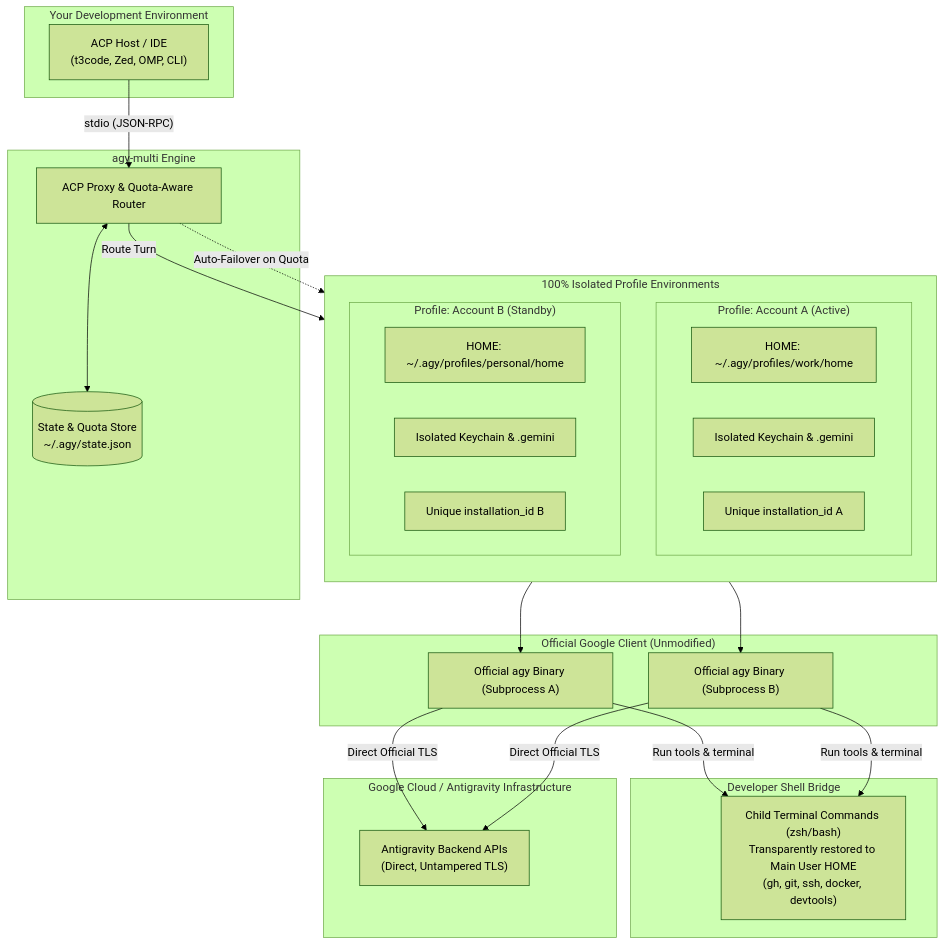
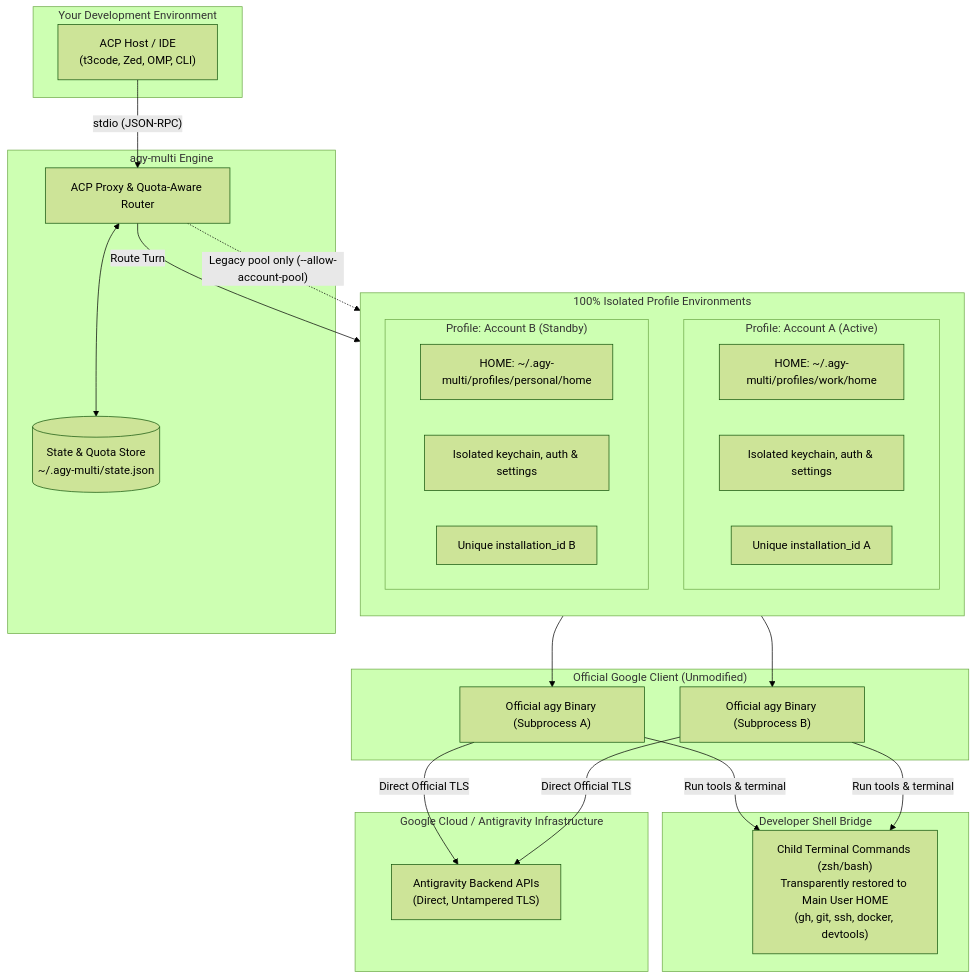
The first of 2 diagrams in README.md (iqbal-codes/agy-multi), drawn with Mermaid (forest theme) before and after one commit. The commit also changed other lines of this file and 30 other files, not shown here.

Commit message:
feat: single-account default, sequential pool, and a shared conversation store

````diff
--- a/README.md
+++ b/README.md
@@ -30,49 +42,49 @@
 ```mermaid
 flowchart TD
     subgraph Client["Your Development Environment"]
         IDE["ACP Host / IDE<br/>(t3code, Zed, OMP, CLI)"]
     end
 
     subgraph Wrapper["agy-multi Engine"]
         Proxy["ACP Proxy & Quota-Aware Router"]
-        Store[("State & Quota Store<br/>~/.agy/state.json")]
+        Store[("State & Quota Store<br/>~/.agy-multi/state.json")]
         Proxy <--> Store
     end
 
     subgraph Profiles["100% Isolated Profile Environments"]
         direction TB
         subgraph P1["Profile: Account A (Active)"]
-            H1["HOME: ~/.agy/profiles/work/home"]
-            K1["Isolated Keychain & .gemini"]
+            H1["HOME: ~/.agy-multi/profiles/work/home"]
+            K1["Isolated keychain, auth & settings"]
             I1["Unique installation_id A"]
         end
         subgraph P2["Profile: Account B (Standby)"]
-            H2["HOME: ~/.agy/profiles/personal/home"]
-            K2["Isolated Keychain & .gemini"]
+            H2["HOME: ~/.agy-multi/profiles/personal/home"]
+            K2["Isolated keychain, auth & settings"]
             I2["Unique installation_id B"]
         end
     end
 
     subgraph ShellBridge["Developer Shell Bridge"]
         SB["Child Terminal Commands (zsh/bash)<br/>Transparently restored to Main User HOME<br/>(gh, git, ssh, docker, devtools)"]
     end
 
     subgraph GoogleOfficial["Official Google Client (Unmodified)"]
         Bin1["Official agy Binary (Subprocess A)"]
         Bin2["Official agy Binary (Subprocess B)"]
     end
 
     subgraph Backend["Google Cloud / Antigravity Infrastructure"]
         API["Antigravity Backend APIs<br/>(Direct, Untampered TLS)"]
     end
 
     IDE -->|"stdio (JSON-RPC)"| Proxy
     Proxy -->|"Route Turn"| P1
-    Proxy -.->|"Auto-Failover on Quota"| P2
+    Proxy -.->|"Legacy pool only (--allow-account-pool)"| P2
     P1 --> Bin1
     P2 --> Bin2
     Bin1 -->|"Run tools & terminal"| SB
     Bin2 -->|"Run tools & terminal"| SB
     Bin1 -->|"Direct Official TLS"| API
     Bin2 -->|"Direct Official TLS"| API
 ```
````
